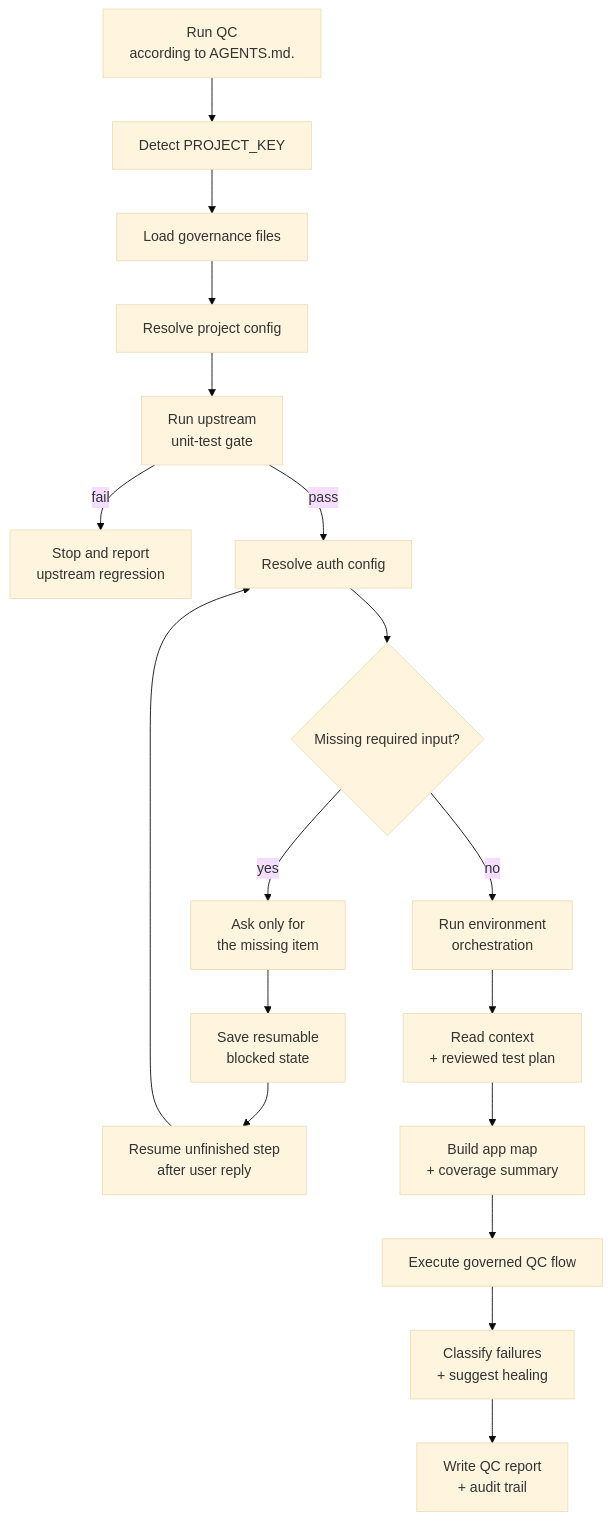
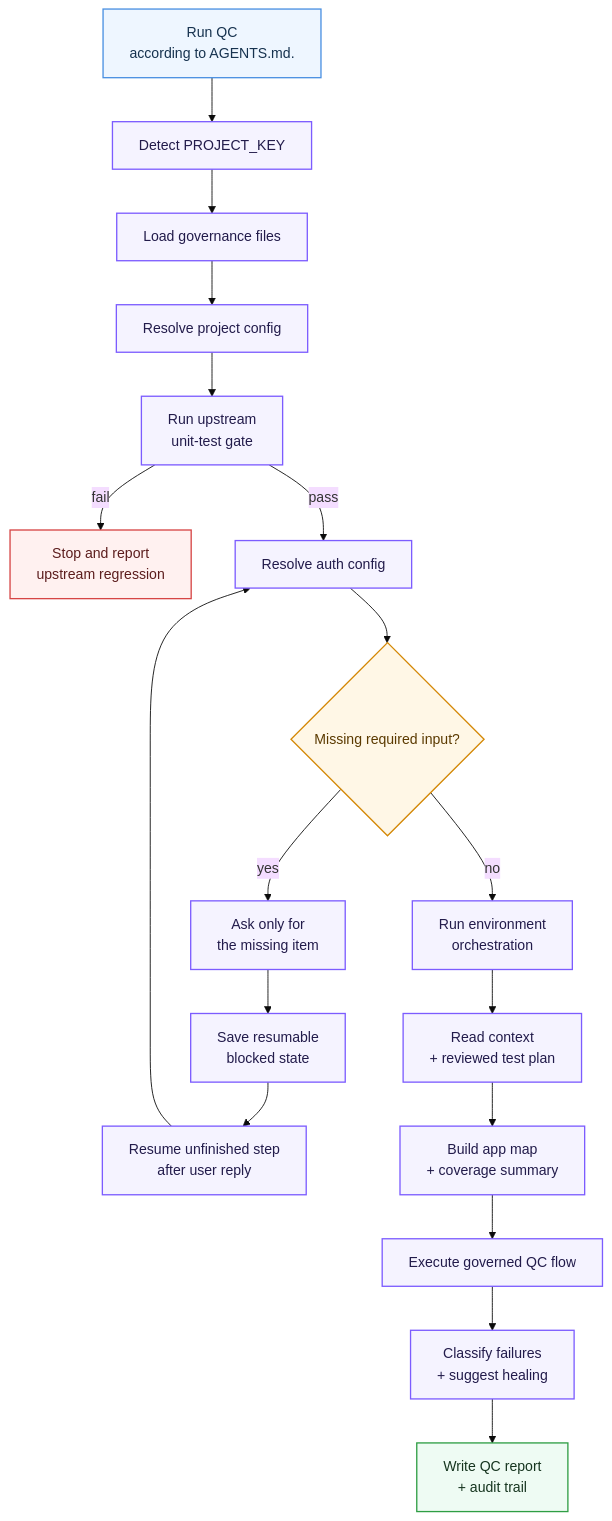
The third of 4 diagrams in README.md (Qin-BL/quality-platform), drawn with Mermaid (base theme) before and after one commit. The commit also changed other lines of this file and 2 other files, not shown here.

Commit message:
Style Mermaid diagrams for readability

```diff
--- a/README.md
+++ b/README.md
@@ -99,20 +111,30 @@
 ::: mermaid
 graph TD
     C["Run <project-key> QC<br/>according to AGENTS.md."] --> K["Detect PROJECT_KEY"]
     K --> G["Load governance files"]
     G --> PC["Resolve project config"]
     PC --> UG["Run upstream<br/>unit-test gate"]
     UG -->|fail| STOP1["Stop and report<br/>upstream regression"]
     UG -->|pass| AC["Resolve auth config"]
     AC --> MI{"Missing required input?"}
     MI -->|yes| ASK["Ask only for<br/>the missing item"]
     ASK --> SAVE["Save resumable<br/>blocked state"]
     SAVE --> RESUME["Resume unfinished step<br/>after user reply"]
     RESUME --> AC
     MI -->|no| ORCH["Run environment<br/>orchestration"]
     ORCH --> CTX["Read context<br/>+ reviewed test plan"]
     CTX --> MAP["Build app map<br/>+ coverage summary"]
     MAP --> RUN["Execute governed QC flow"]
     RUN --> FAIL["Classify failures<br/>+ suggest healing"]
     FAIL --> REPORT["Write QC report<br/>+ audit trail"]
+    classDef command fill:#eef6ff,stroke:#4a90e2,color:#16324f,stroke-width:1.5px;
+    classDef decision fill:#fff7e6,stroke:#d48806,color:#5b3a00,stroke-width:1.5px;
+    classDef runtime fill:#f5f3ff,stroke:#7c5cff,color:#221b4b,stroke-width:1.5px;
+    classDef warning fill:#fff1f0,stroke:#d64545,color:#5c1d1d,stroke-width:1.5px;
+    classDef outcome fill:#eefbf3,stroke:#2f9e44,color:#16351f,stroke-width:1.5px;
+    class C command;
+    class MI decision;
+    class K,G,PC,UG,AC,ASK,SAVE,RESUME,ORCH,CTX,MAP,RUN,FAIL runtime;
+    class STOP1 warning;
+    class REPORT outcome;
 :::
```
